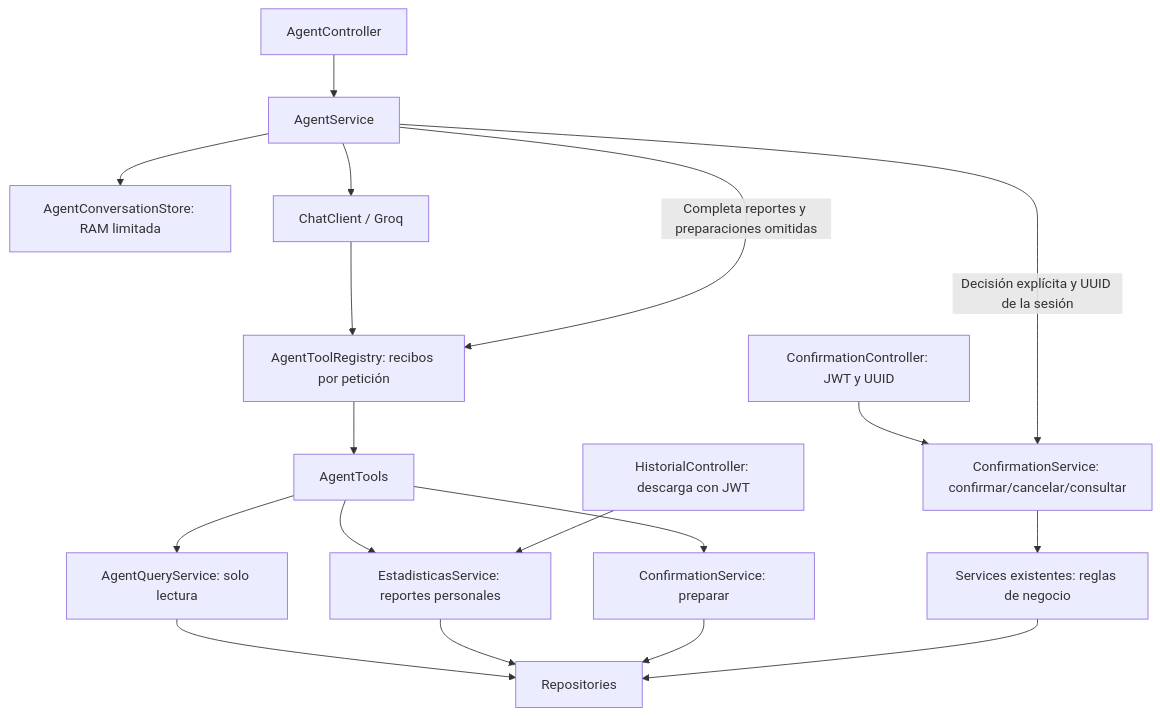
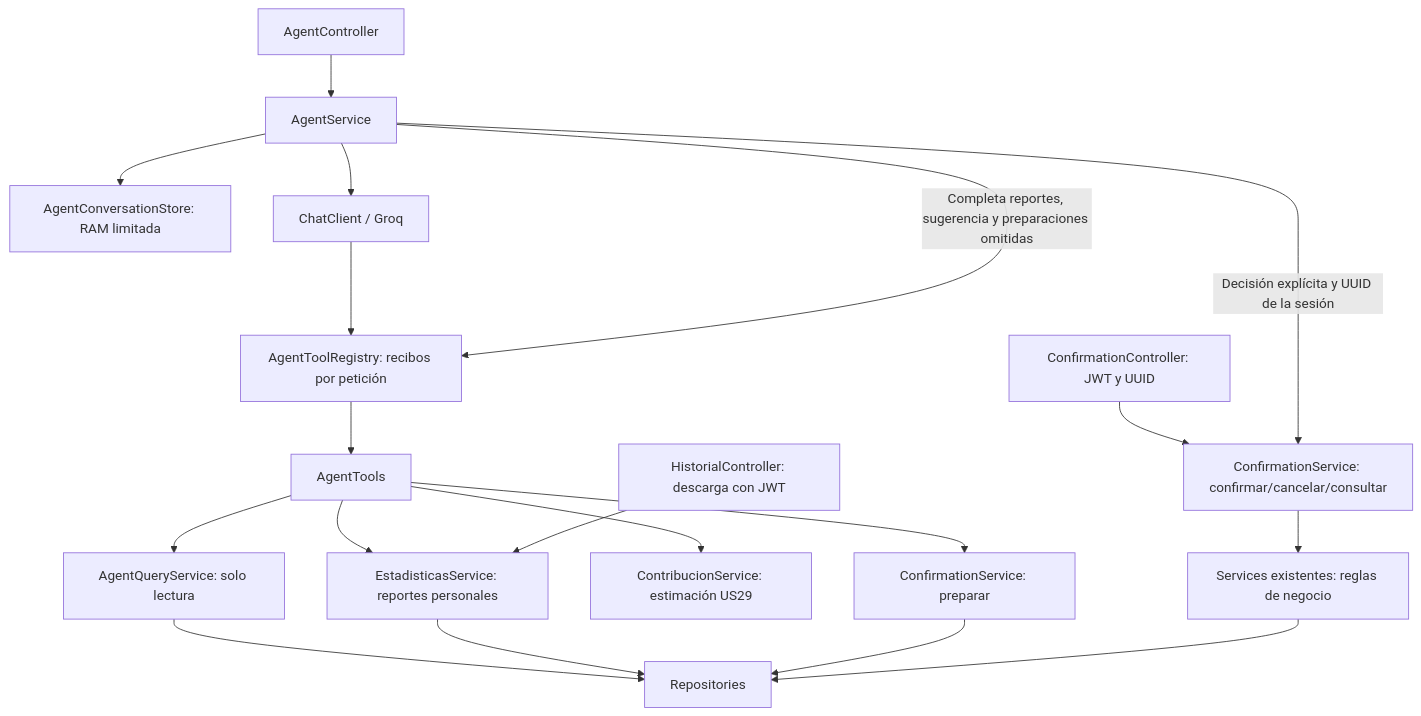
The diagram in docs/agente_flujo.md (pollitoconpapass/uniride-spring-backend), drawn with Mermaid before and after one commit. The commit also changed other lines of this file and 27 other files, not shown here.

````diff
--- a/docs/agente_flujo.md
+++ b/docs/agente_flujo.md
@@ -11,20 +11,21 @@
 ```mermaid
 flowchart TD
     C[AgentController] --> S[AgentService]
     S --> M[AgentConversationStore: RAM limitada]
     S --> CC[ChatClient / Groq]
     CC --> R[AgentToolRegistry: recibos por petición]
-    S -->|Completa reportes y preparaciones omitidas| R
+    S -->|Completa reportes, sugerencia y preparaciones omitidas| R
     R --> T[AgentTools]
     T --> Q[AgentQueryService: solo lectura]
     T --> A[EstadisticasService: reportes personales]
+    T --> O[ContribucionService: estimación US29]
     T --> P[ConfirmationService: preparar]
     D[HistorialController: descarga con JWT] --> A
     H[ConfirmationController: JWT y UUID] --> E[ConfirmationService: confirmar/cancelar/consultar]
     S -->|Decisión explícita y UUID de la sesión| E
     E --> B[Services existentes: reglas de negocio]
     Q --> DB[Repositories]
     A --> DB
     P --> DB
     B --> DB
 ```
````
